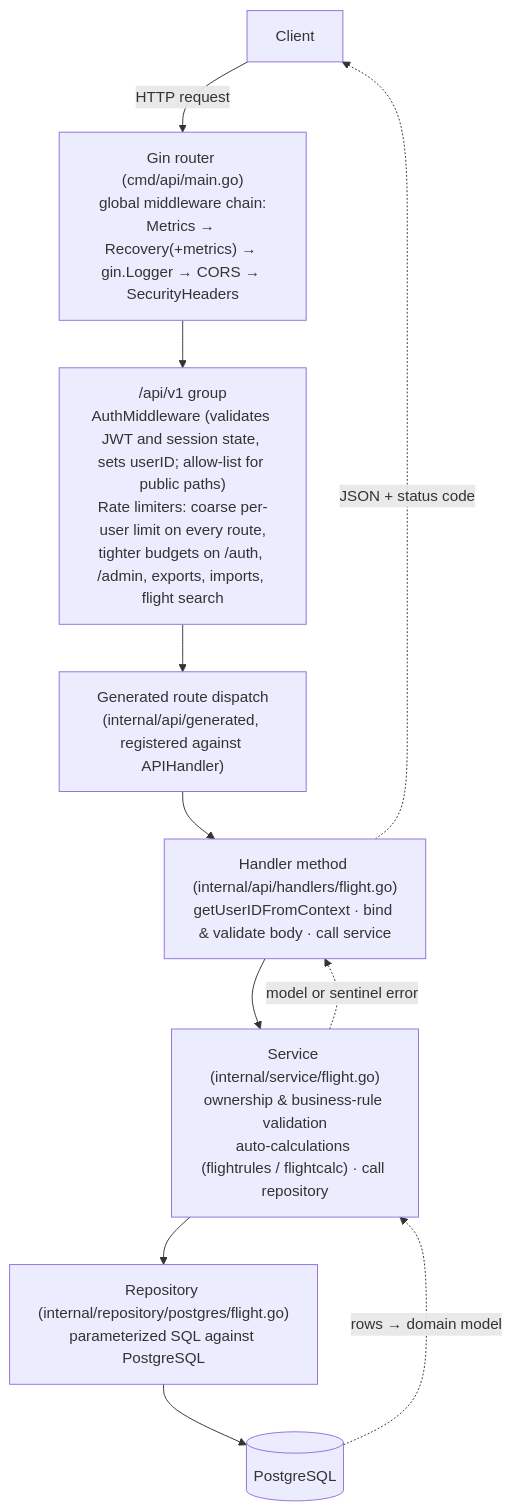
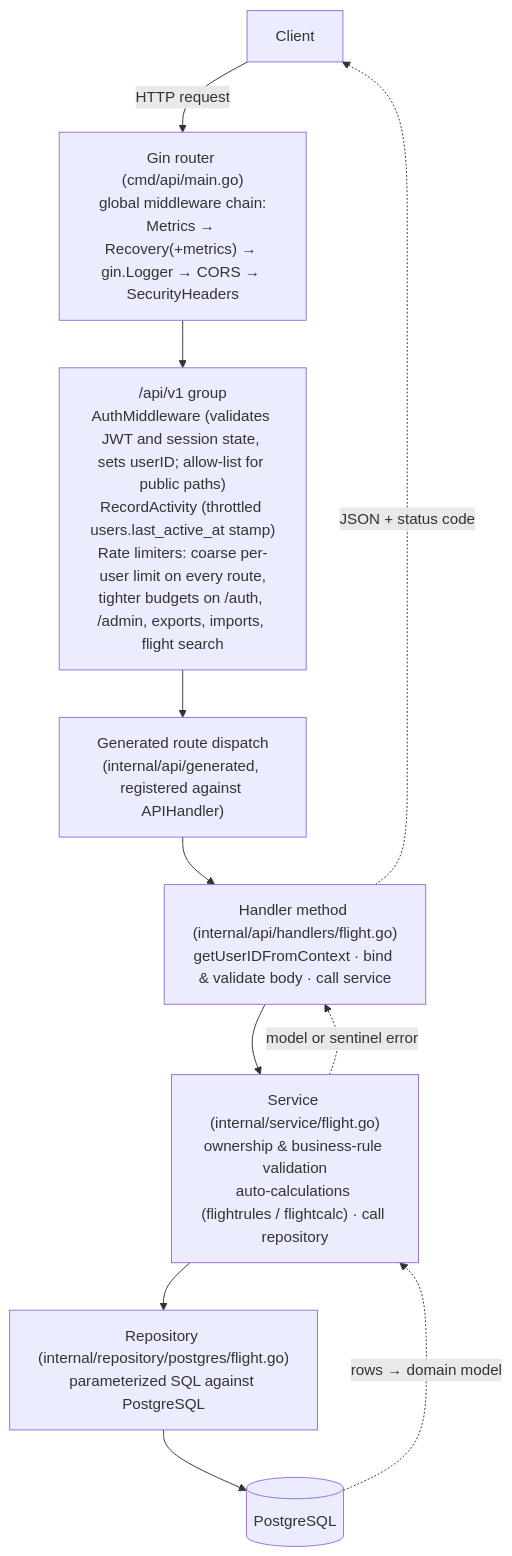
The second of 3 diagrams in docs/ARCHITECTURE.md (fjaeckel/ninerlog-api), drawn with Mermaid before and after one commit. The commit also changed 25 other files, not shown here.

First line of the commit message:
feat(admin): track last active time per account

````diff
--- a/docs/ARCHITECTURE.md
+++ b/docs/ARCHITECTURE.md
@@ -41,15 +41,15 @@
 ```mermaid
 flowchart TD
     C[Client] -->|HTTP request| GR
     GR["Gin router (cmd/api/main.go)<br/>global middleware chain:<br/>Metrics → Recovery(+metrics) → gin.Logger → CORS → SecurityHeaders"]
     GR --> G
-    G["/api/v1 group<br/>AuthMiddleware (validates JWT and session state, sets userID; allow-list for public paths)<br/>Rate limiters: coarse per-user limit on every route,<br/>tighter budgets on /auth, /admin, exports, imports, flight search"]
+    G["/api/v1 group<br/>AuthMiddleware (validates JWT and session state, sets userID; allow-list for public paths)<br/>RecordActivity (throttled users.last_active_at stamp)<br/>Rate limiters: coarse per-user limit on every route,<br/>tighter budgets on /auth, /admin, exports, imports, flight search"]
     G --> D["Generated route dispatch<br/>(internal/api/generated, registered against APIHandler)"]
     D --> HM["Handler method (internal/api/handlers/flight.go)<br/>getUserIDFromContext · bind & validate body · call service"]
     HM --> SV["Service (internal/service/flight.go)<br/>ownership & business-rule validation<br/>auto-calculations (flightrules / flightcalc) · call repository"]
     SV --> RP["Repository (internal/repository/postgres/flight.go)<br/>parameterized SQL against PostgreSQL"]
     RP --> PG[(PostgreSQL)]
     PG -.->|rows → domain model| SV
     SV -.->|model or sentinel error| HM
     HM -.->|JSON + status code| C
 ```
````
